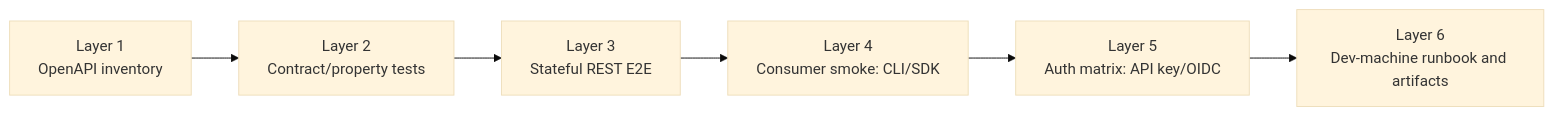
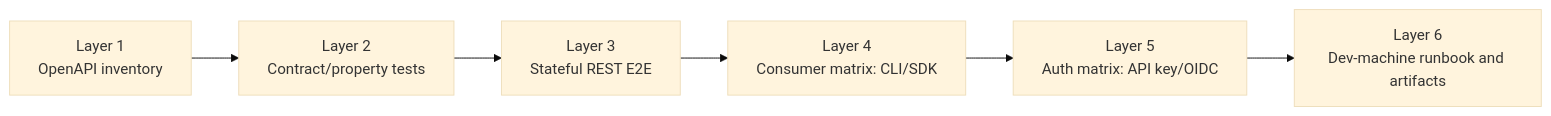
Before and after one commit to boxlite-ai/boxlite: the second of 3 diagrams in docs/plans/2026-06-16-rest-api-e2e-oidc-design.md, drawn with Mermaid (base theme). The commit also changed other lines of this file and 1 other file, not shown here.

Commit message:
docs: expand REST CLI matrix plan

````diff
--- a/docs/plans/2026-06-16-rest-api-e2e-oidc-design.md
+++ b/docs/plans/2026-06-16-rest-api-e2e-oidc-design.md
@@ -58,8 +59,8 @@
 ```mermaid
 flowchart LR
   A["Layer 1<br/>OpenAPI inventory"] --> B["Layer 2<br/>Contract/property tests"]
   B --> C["Layer 3<br/>Stateful REST E2E"]
-  C --> D["Layer 4<br/>Consumer smoke: CLI/SDK"]
+  C --> D["Layer 4<br/>Consumer matrix: CLI/SDK"]
   D --> E["Layer 5<br/>Auth matrix: API key/OIDC"]
   E --> F["Layer 6<br/>Dev-machine runbook and artifacts"]
 ```
````
